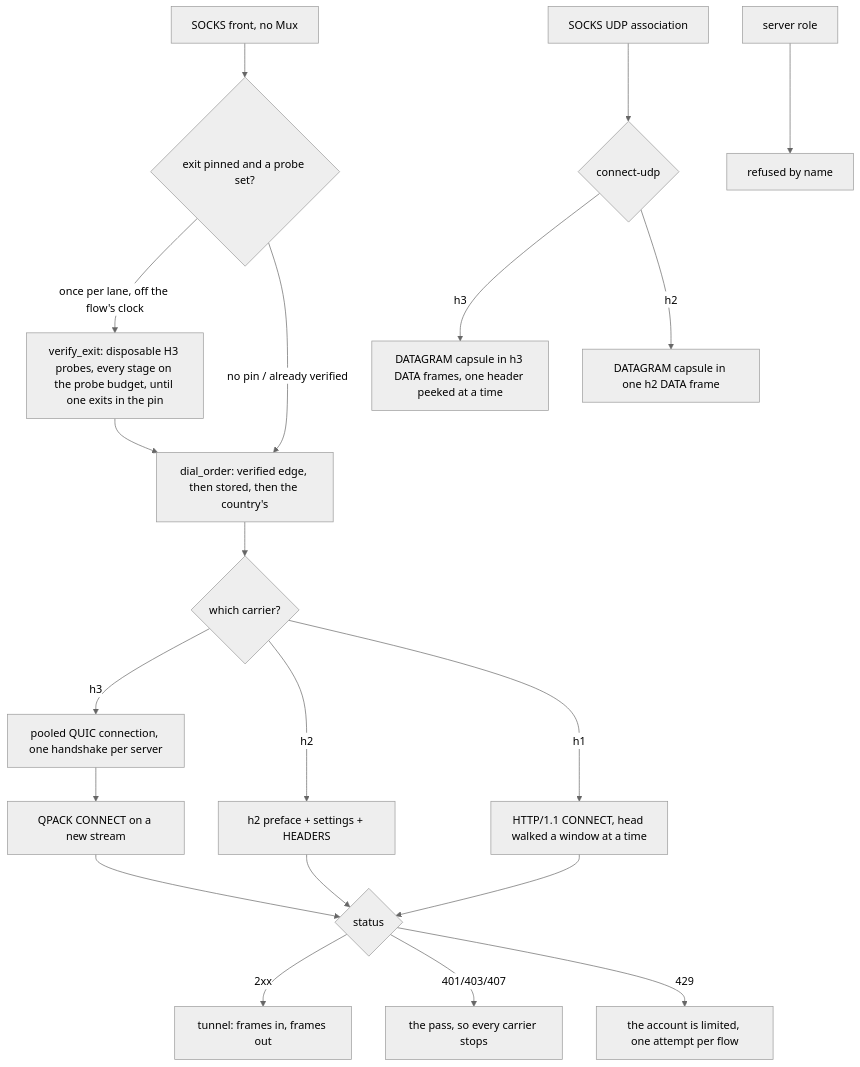
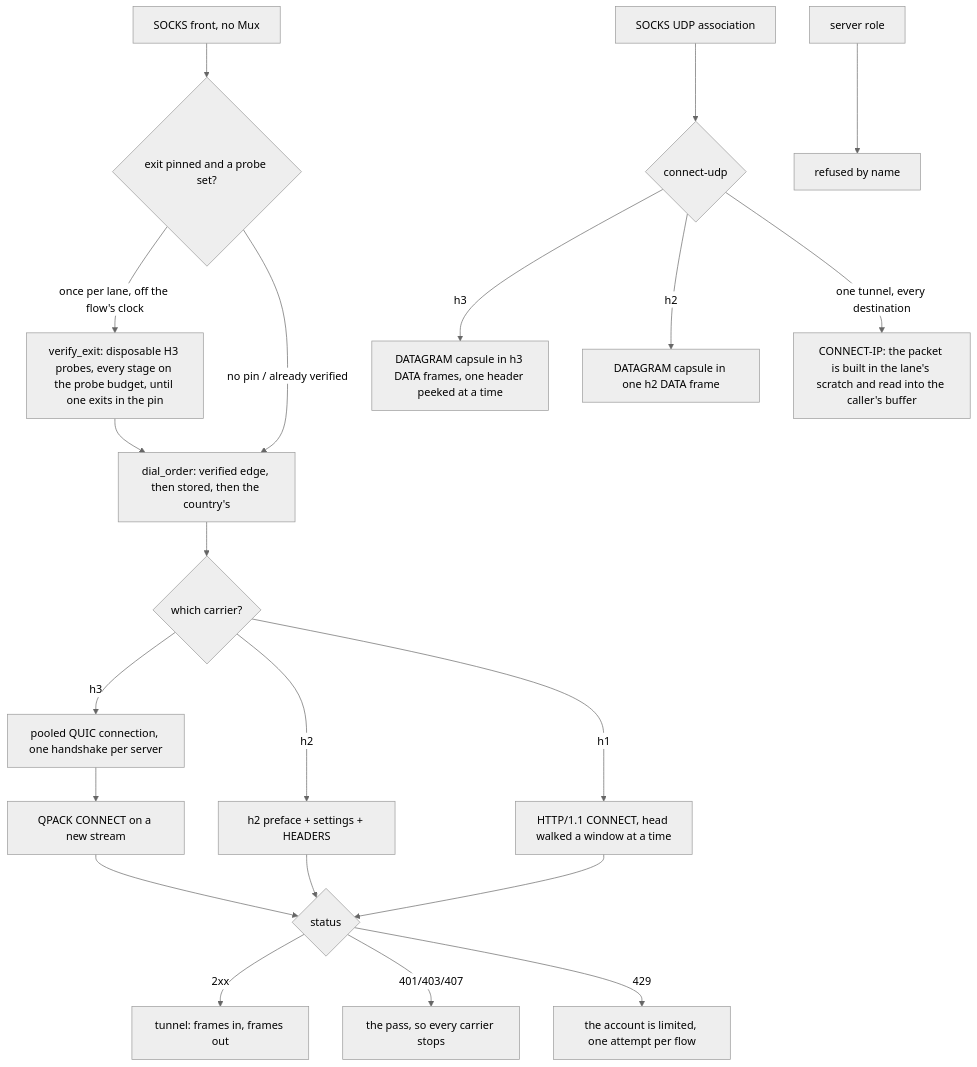
One commit to Ferrocite/ferrox changed the diagram in docs/function/carrier-foxy.md. Above: the diagram before and after it, drawn with Mermaid (neutral theme). The commit also changed other lines of this file and 6 other files, not shown here.

````diff
--- a/docs/function/carrier-foxy.md
+++ b/docs/function/carrier-foxy.md
@@ -20,22 +20,23 @@
 ```mermaid
 graph TD
     S["SOCKS front, no Mux"] --> V{"exit pinned and a probe set?"}
     V -- "once per lane, off the flow's clock" --> P["verify_exit: disposable H3 probes, every stage on the probe budget, until one exits in the pin"]
     P --> O["dial_order: verified edge, then stored, then the country's"]
     V -- "no pin / already verified" --> O
     O --> T{"which carrier?"}
     T -- h3 --> Pq["pooled QUIC connection, one handshake per server"]
     Pq --> H["QPACK CONNECT on a new stream"]
     T -- h2 --> G["h2 preface + settings + HEADERS"]
     T -- h1 --> L["HTTP/1.1 CONNECT, head walked a window at a time"]
     H --> R{"status"}
     G --> R
     L --> R
     R -- 2xx --> D["tunnel: frames in, frames out"]
     R -- 401/403/407 --> X["the pass, so every carrier stops"]
     R -- 429 --> Y["the account is limited, one attempt per flow"]
     U["SOCKS UDP association"] --> Q{"connect-udp"}
     Q -- h3 --> C["DATAGRAM capsule in h3 DATA frames, one header peeked at a time"]
     Q -- h2 --> E["DATAGRAM capsule in one h2 DATA frame"]
+    Q -- "one tunnel, every destination" --> I["CONNECT-IP: the packet is built in the lane's scratch and read into the caller's buffer"]
     H2S["server role"] --> N["refused by name"]
 ```
````
